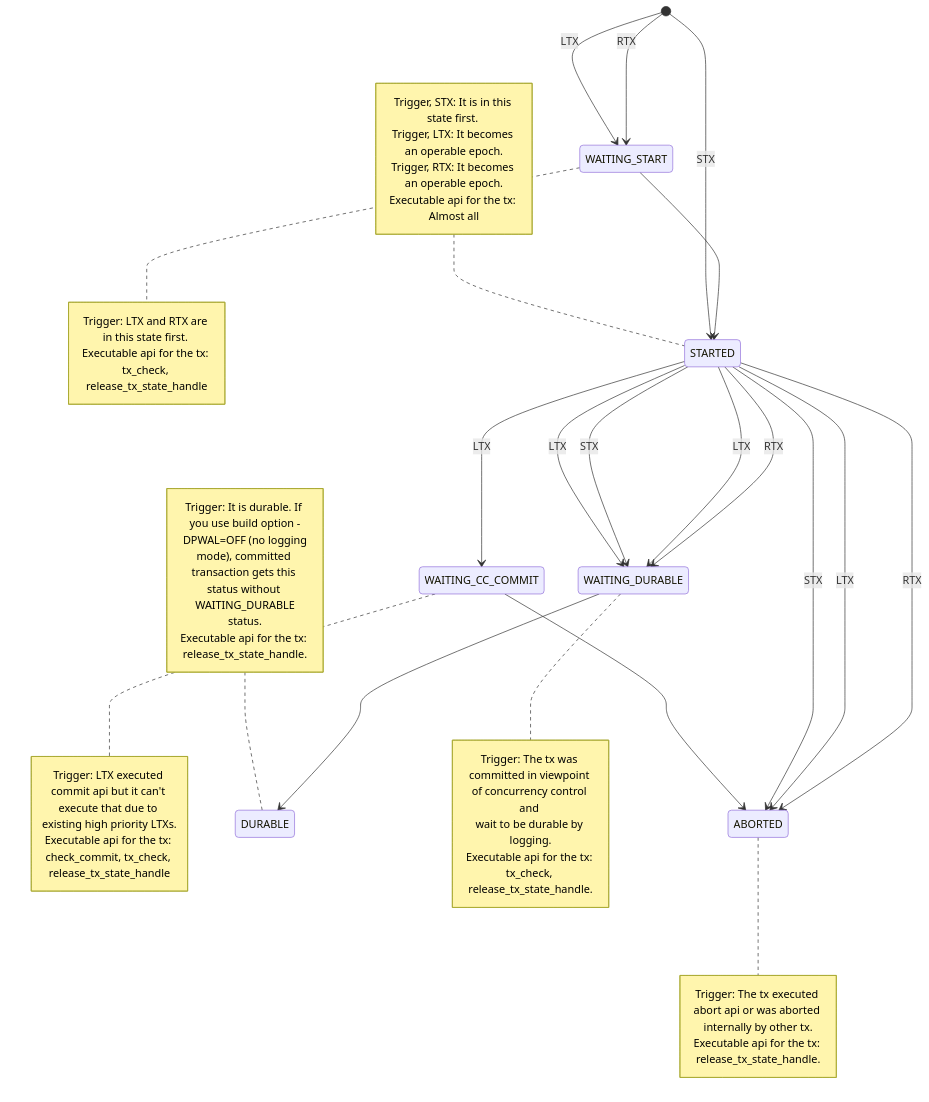
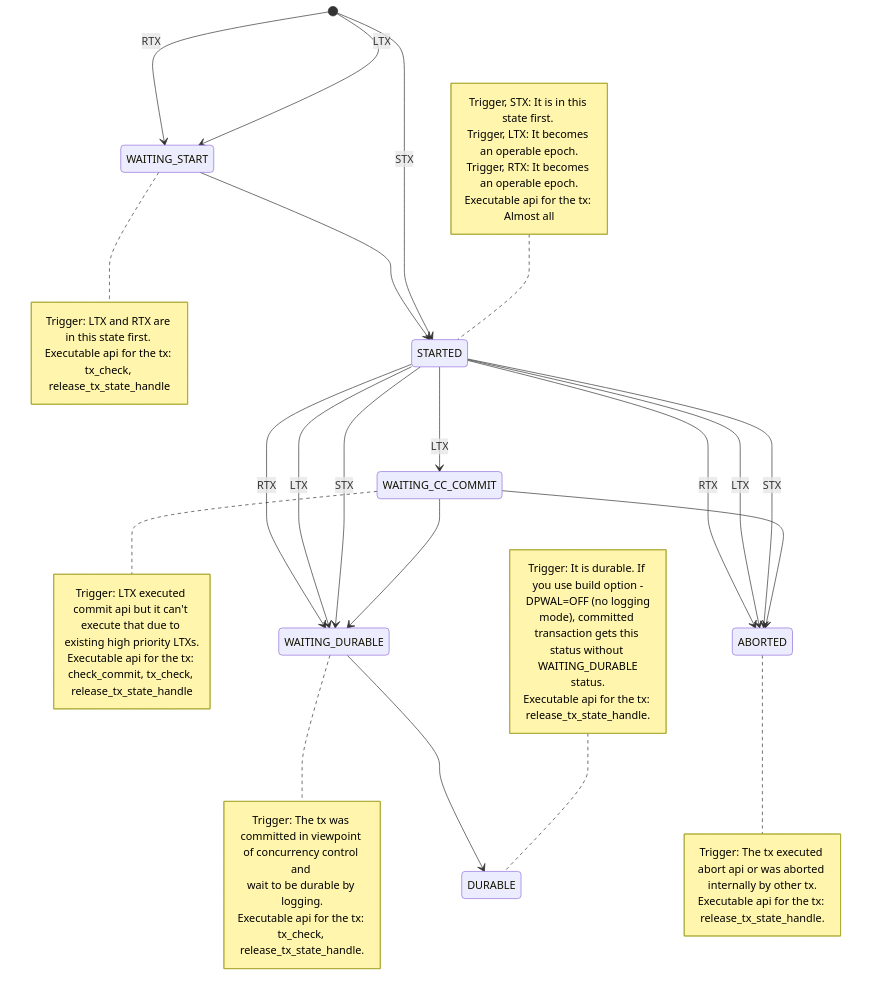
One commit to project-tsurugi/shirakami changed the diagram in docs/transaction_state.md. Above: the diagram before and after it, drawn with Mermaid.

Commit message:
fix transaction state document

````diff
--- a/docs/transaction_state.md
+++ b/docs/transaction_state.md
@@ -6,54 +6,54 @@
 ```mermaid
 stateDiagram-v2
     WAITING_START
     note right of WAITING_START
         Trigger: LTX and RTX are in this state first. 
         Executable api for the tx: tx_check, release_tx_state_handle
     end note
     STARTED
     note left of STARTED
         Trigger, STX: It is in this state first. 
         Trigger, LTX: It becomes an operable epoch.
         Trigger, RTX: It becomes an operable epoch.
         Executable api for the tx: Almost all
     end note
     WAITING_CC_COMMIT
     note right of WAITING_CC_COMMIT
         Trigger: LTX executed commit api but it can't execute that due to 
         existing high priority LTXs.
         Executable api for the tx: check_commit, tx_check, release_tx_state_handle
     end note
     ABORTED
     note right of ABORTED
         Trigger: The tx executed abort api or was aborted internally by other tx.
         Executable api for the tx: release_tx_state_handle.
     end note
     WAITING_DURABLE
     note right of WAITING_DURABLE
         Trigger: The tx was committed in viewpoint of concurrency control and 
         wait to be durable by logging.
         Executable api for the tx: tx_check, release_tx_state_handle.
     end note
     DURABLE
     note left of DURABLE
         Trigger: It is durable. If you use build option -DPWAL=OFF (no logging
         mode), committed transaction gets this status without WAITING_DURABLE
         status.
         Executable api for the tx: release_tx_state_handle.
     end note
 
     [*] --> STARTED: STX
     [*] --> WAITING_START: LTX
     [*] --> WAITING_START: RTX
     WAITING_START --> STARTED
-    STARTED --> WAITING_DURABLE: LTX
     STARTED --> WAITING_CC_COMMIT: LTX
     WAITING_CC_COMMIT --> ABORTED
+    WAITING_CC_COMMIT --> WAITING_DURABLE
     STARTED --> WAITING_DURABLE: STX
     STARTED --> WAITING_DURABLE: LTX
     STARTED --> WAITING_DURABLE: RTX
     STARTED --> ABORTED: STX
     STARTED --> ABORTED: LTX
     STARTED --> ABORTED: RTX
     WAITING_DURABLE --> DURABLE
 ```
````
